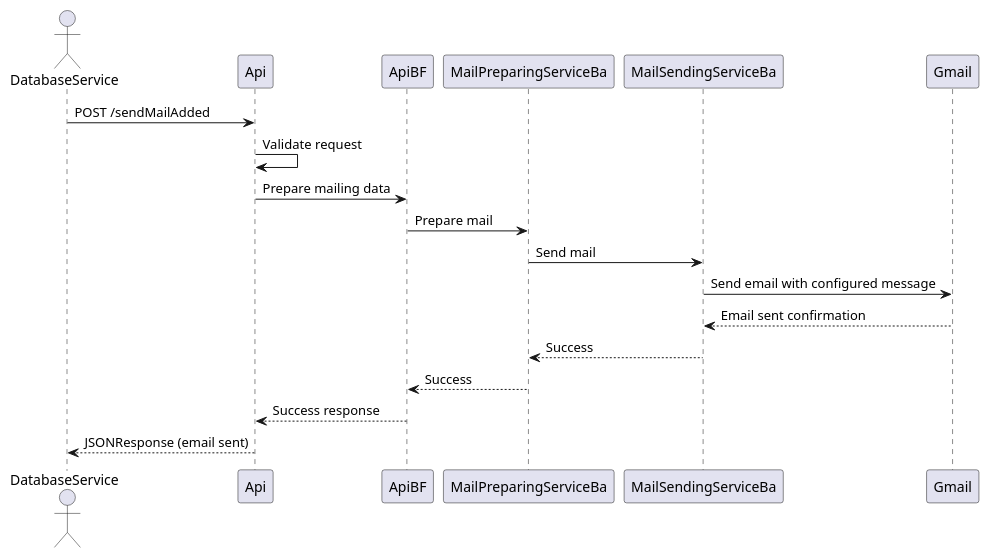
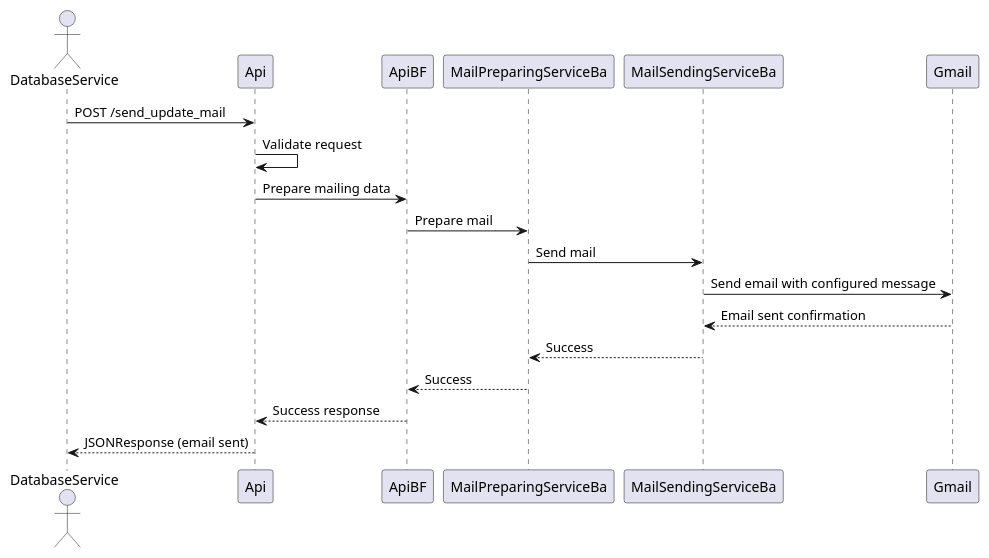
One commit to Marcey1611/stock-tracker-project-sysad-ws2425 changed the diagram in doc/documentation/mailingService/sequenceDiagram.puml. Above: the diagram before and after it, drawn with PlantUML. The commit also changed 2 other files, not shown here.

```diff
--- a/doc/documentation/mailingService/sequenceDiagram.puml
+++ b/doc/documentation/mailingService/sequenceDiagram.puml
@@ -1,22 +1,22 @@
 @startuml
 
 actor "DatabaseService" as Database
 participant "Api" as API
 participant "ApiBF" as ApiBF
 participant "MailPreparingServiceBa" as MailPreparingService
 participant "MailSendingServiceBa" as MailSendingService
 participant "Gmail" as Gmail
 
-Database -> API: POST /sendMailAdded
+Database -> API: POST /send_update_mail
 API -> API: Validate request
 API -> ApiBF: Prepare mailing data
 ApiBF -> MailPreparingService: Prepare mail
 MailPreparingService -> MailSendingService: Send mail
 MailSendingService -> Gmail: Send email with configured message
 Gmail --> MailSendingService: Email sent confirmation
 MailSendingService --> MailPreparingService: Success
 MailPreparingService --> ApiBF: Success
 ApiBF --> API: Success response
 API --> Database: JSONResponse (email sent)
 
 @enduml
```
